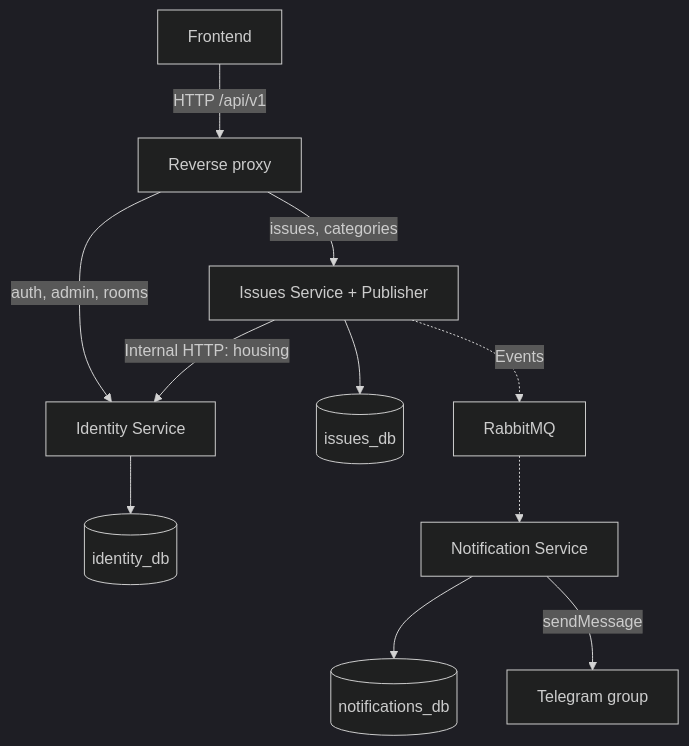
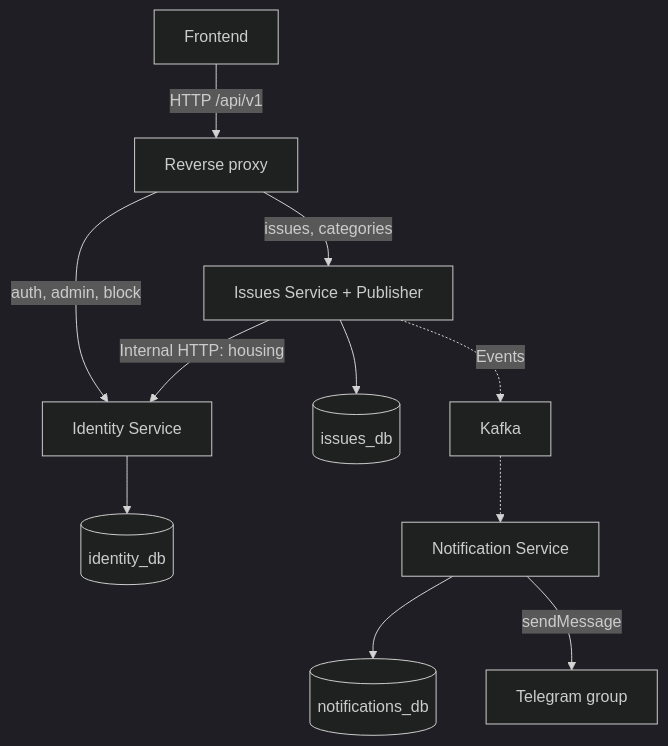
One commit to GKDI-Team/dorm-support-documents changed the diagram in dormsupport/diagrams/architecture.mmd. Above: the diagram before and after it, drawn with Mermaid (dark theme).

```diff
--- a/dormsupport/diagrams/architecture.mmd
+++ b/dormsupport/diagrams/architecture.mmd
@@ -1,11 +1,11 @@
 flowchart TB
     FE[Frontend] -->|HTTP /api/v1| Proxy[Reverse proxy]
-    Proxy -->|auth, admin, rooms| Identity[Identity Service]
+    Proxy -->|auth, admin, block| Identity[Identity Service]
     Proxy -->|issues, categories| Issues[Issues Service + Publisher]
     Identity --> IDB[(identity_db)]
     Issues --> ISDB[(issues_db)]
     Issues -->|Internal HTTP: housing| Identity
-    Issues -.->|Events| MQ[RabbitMQ]
+    Issues -.->|Events| MQ[Kafka]
     MQ -.-> N[Notification Service]
     N --> NDB[(notifications_db)]
     N -->|sendMessage| TG[Telegram group]
```
